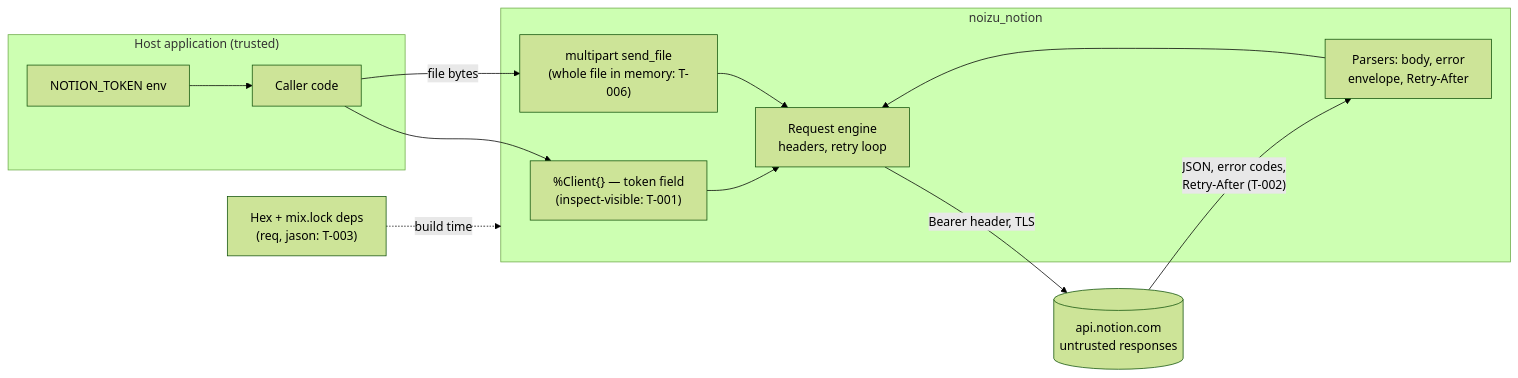
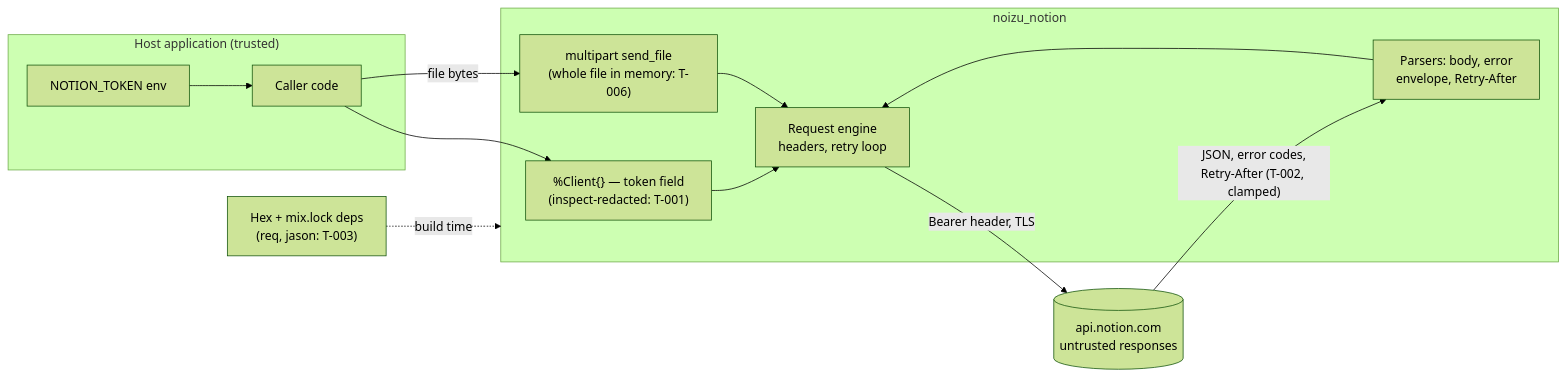
One commit to noizu-labs-sdks/noizu_notion changed the diagram in docs/THREAT-MODEL.md. Above: the diagram before and after it, drawn with Mermaid (forest theme). The commit also changed other lines of this file and 14 other files, not shown here.

First line of the commit message:
fix: redact credentials, clamp Retry-After, add CI (#1)

````diff
--- a/docs/THREAT-MODEL.md
+++ b/docs/THREAT-MODEL.md
@@ -54,21 +54,21 @@
 ```mermaid
 graph LR
     subgraph Host["Host application (trusted)"]
         C["Caller code"]
         E["NOTION_TOKEN env"]
     end
     subgraph Lib["noizu_notion"]
-        S["%Client{} — token field<br/>(inspect-visible: T-001)"]
+        S["%Client{} — token field<br/>(inspect-redacted: T-001)"]
         R["Request engine<br/>headers, retry loop"]
         P["Parsers: body, error<br/>envelope, Retry-After"]
         M["multipart send_file<br/>(whole file in memory: T-006)"]
     end
     N[("api.notion.com<br/>untrusted responses")]
     H["Hex + mix.lock deps<br/>(req, jason: T-003)"]
 
     E --> C --> S --> R
     R -->|"Bearer header, TLS"| N
-    N -->|"JSON, error codes,<br/>Retry-After (T-002)"| P --> R
+    N -->|"JSON, error codes,<br/>Retry-After (T-002, clamped)"| P --> R
     C -->|"file bytes"| M --> R
     H -.->|"build time"| Lib
 ```
````
